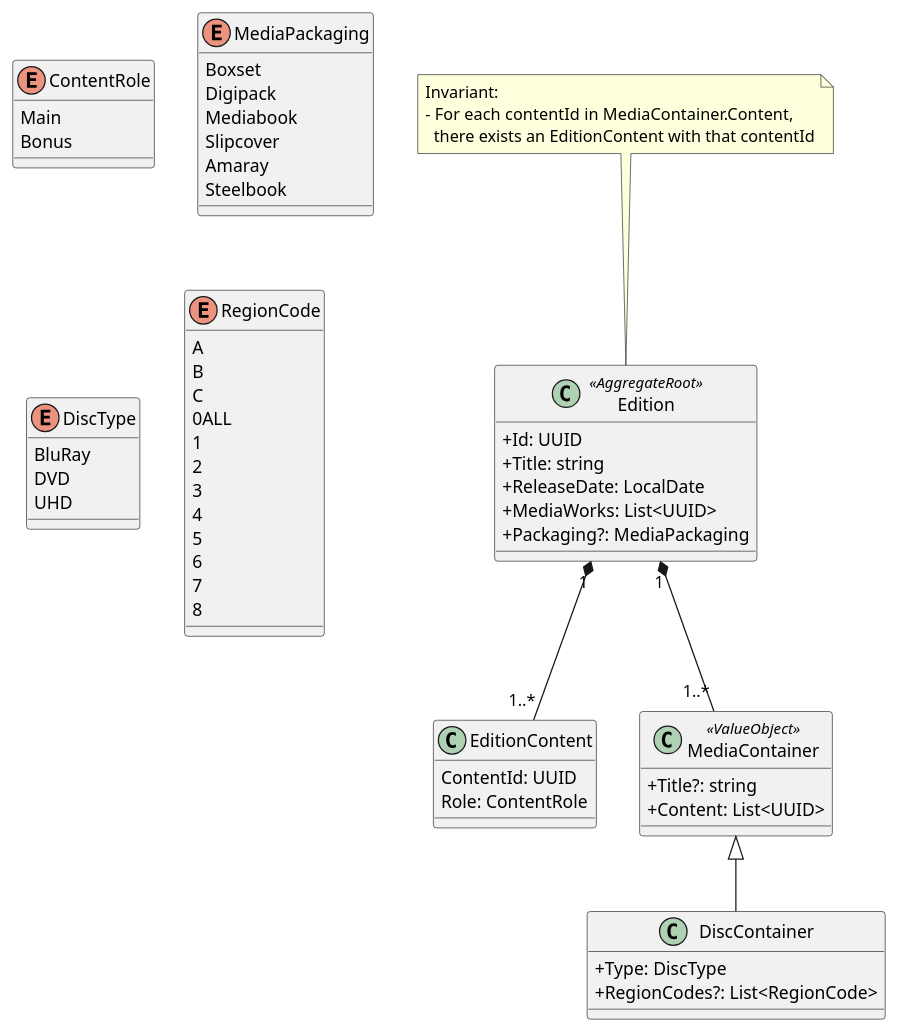
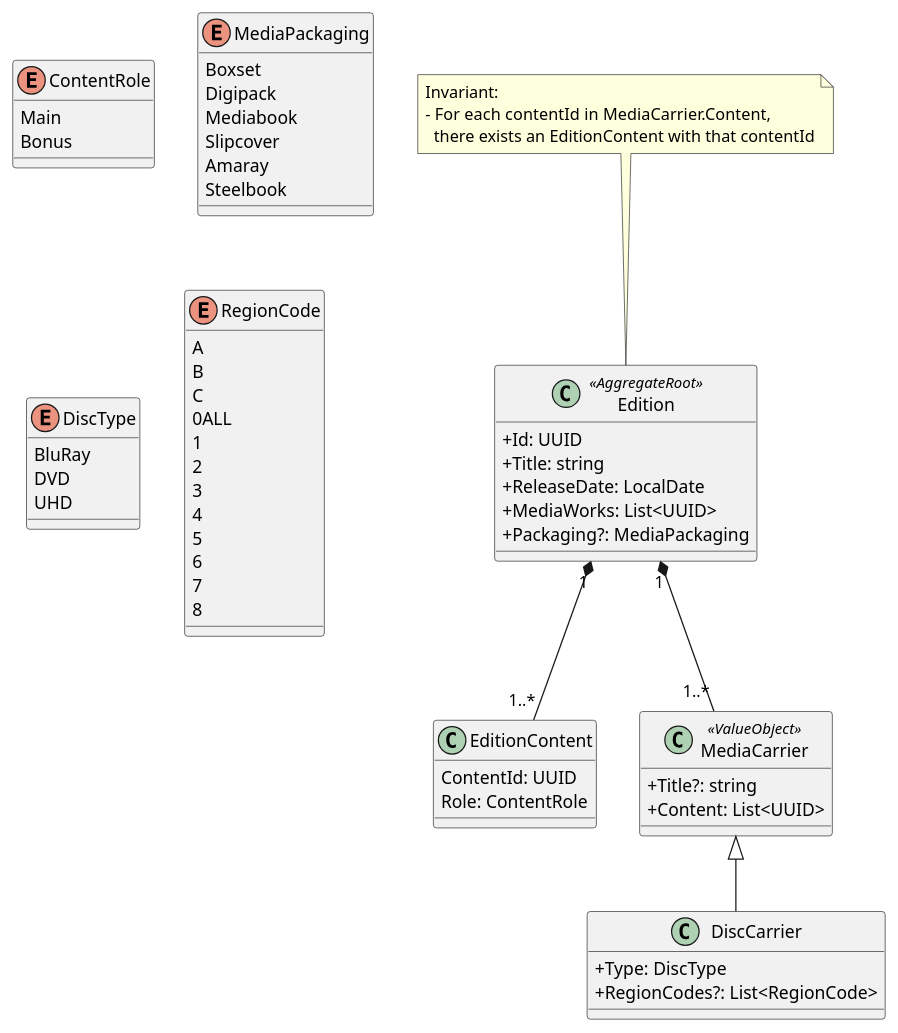
One commit to yantue/colleq changed the diagram in docs/uml/domain/domain-edition.puml. Above: the diagram before and after it, drawn with PlantUML. The commit also changed 2 other files, not shown here.

Commit message:
docs: Update MediaContainer name (to MediaCarrier) and multiplicity

```diff
--- a/docs/uml/domain/domain-edition.puml
+++ b/docs/uml/domain/domain-edition.puml
@@ -1,74 +1,74 @@
 @startuml
 skinparam classAttributeIconSize 0
 
 class Edition <<AggregateRoot>> {
     +Id: UUID
     +Title: string
     +ReleaseDate: LocalDate
     +MediaWorks: List<UUID>
     +Packaging?: MediaPackaging
 }
 
 note top of Edition
 Invariant:
-- For each contentId in MediaContainer.Content,
+- For each contentId in MediaCarrier.Content,
   there exists an EditionContent with that contentId
 end note
 
 class EditionContent {
     ContentId: UUID
     Role: ContentRole
 }
 
 Edition "1" *-- "1..*" EditionContent
 
 enum ContentRole {
     Main
     Bonus
 }
 
-class MediaContainer <<ValueObject>> {
+class MediaCarrier <<ValueObject>> {
     +Title?: string
     +Content: List<UUID>
 }
 
-Edition "1" *-- "1..*" MediaContainer
+Edition "1" *-- "1..*" MediaCarrier
 
-class DiscContainer {
+class DiscCarrier {
     +Type: DiscType
     +RegionCodes?: List<RegionCode>
 }
 
-MediaContainer <|-- DiscContainer
+MediaCarrier <|-- DiscCarrier
 
 enum MediaPackaging {
     Boxset
     Digipack
     Mediabook
     Slipcover
     Amaray
     Steelbook
 }
 
 enum DiscType {
     BluRay
     DVD
     UHD
 }
 
 enum RegionCode {
     A
     B
     C
     0ALL
     1
     2
     3
     4
     5
     6
     7
     8
 }
 
 @enduml
```
